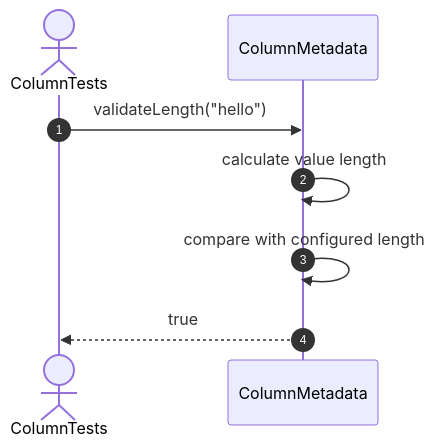
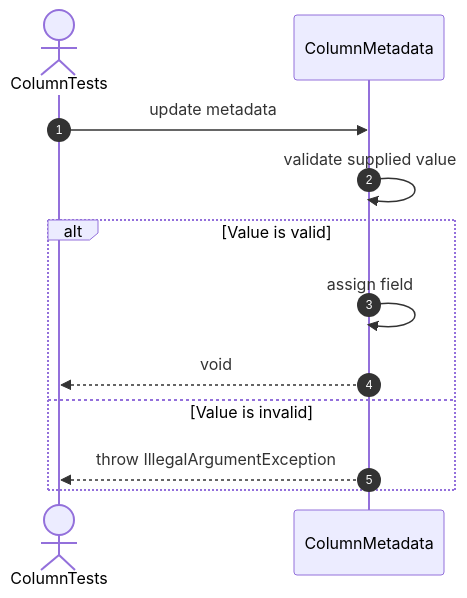
Diagram 14 of 55 in src/tests/unit/metadata/sequences/columns-testing.se.md (FhuAnn/-bbv-AN-s-DBMS), drawn with Mermaid before and after one commit. The commit also changed other lines of this file and 9 other files, not shown here.

````diff
--- a/src/tests/unit/metadata/sequences/columns-testing.se.md
+++ b/src/tests/unit/metadata/sequences/columns-testing.se.md
@@ -190,11 +233,15 @@
 ```mermaid
 sequenceDiagram
     autonumber
     actor Test as ColumnTests
     participant Column as ColumnMetadata
 
-    Test->>Column: validateLength("hello")
-    Column->>Column: calculate value length
-    Column->>Column: compare with configured length
-    Column-->>Test: true
+    Test->>Column: update metadata
+    Column->>Column: validate supplied value
+    alt Value is valid
+    Column->>Column: assign field
+    Column-->>Test: void
+    else Value is invalid
+    Column-->>Test: throw IllegalArgumentException
+    end
 ```
````
